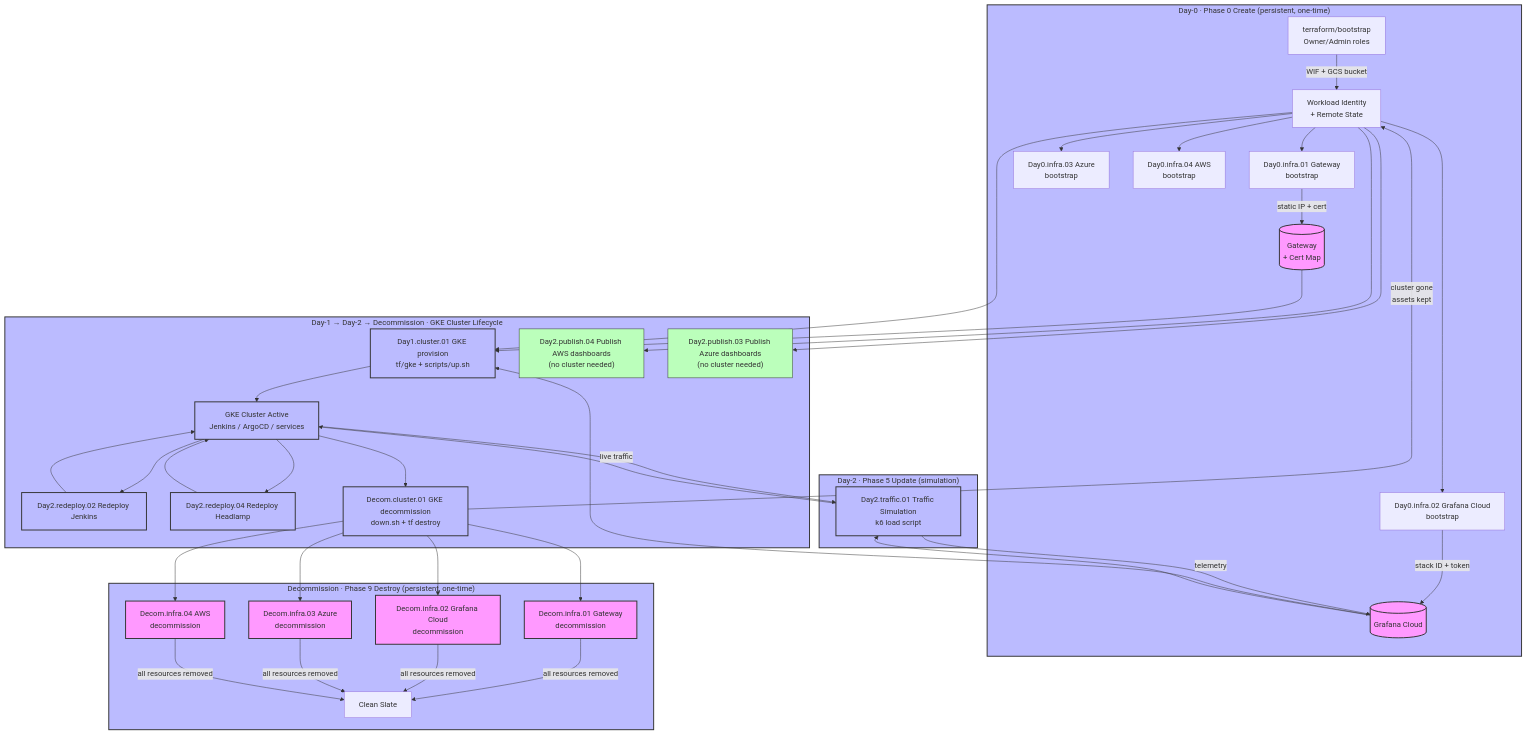
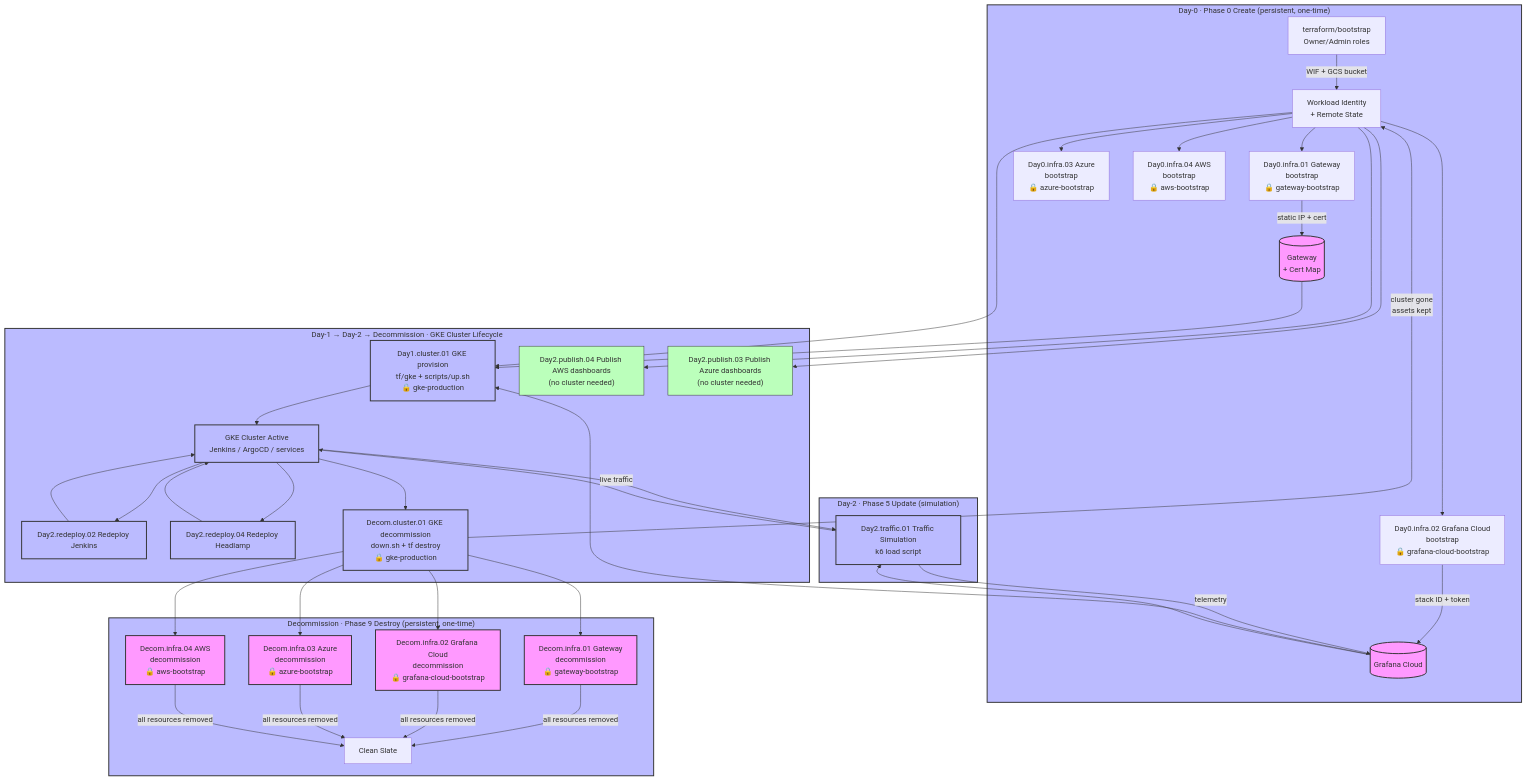
Before and after one commit to nubenetes/jenkins-2026: the diagram in docs/102-GITHUB_ACTIONS_AUTOMATION.md, drawn with Mermaid. The commit also changed other lines of this file, not shown here.

First line of the commit message:
docs(102): explain the per-resource approval design + annotate the lifecycle diagram

````diff
--- a/docs/102-GITHUB_ACTIONS_AUTOMATION.md
+++ b/docs/102-GITHUB_ACTIONS_AUTOMATION.md
@@ -43,45 +43,45 @@
 ```mermaid
 graph TD
     subgraph Bootstrapping ["Day-0 · Phase 0 Create (persistent, one-time)"]
         A["terraform/bootstrap<br>Owner/Admin roles"] -->|"WIF + GCS bucket"| B["Workload Identity<br>+ Remote State"]
-        B --> C["Day0.infra.01 Gateway<br>bootstrap"]
-        B --> D["Day0.infra.02 Grafana Cloud<br>bootstrap"]
-        B --> C2["Day0.infra.03 Azure<br>bootstrap"]
-        B --> C3["Day0.infra.04 AWS<br>bootstrap"]
+        B --> C["Day0.infra.01 Gateway<br>bootstrap<br>🔒 gateway-bootstrap"]
+        B --> D["Day0.infra.02 Grafana Cloud<br>bootstrap<br>🔒 grafana-cloud-bootstrap"]
+        B --> C2["Day0.infra.03 Azure<br>bootstrap<br>🔒 azure-bootstrap"]
+        B --> C3["Day0.infra.04 AWS<br>bootstrap<br>🔒 aws-bootstrap"]
         C -->|"static IP + cert"| F[("Gateway<br>+ Cert Map")]
         D -->|"stack ID + token"| E[("Grafana Cloud")]
     end
 
     subgraph GKE_Lifecycle ["Day-1 → Day-2 → Decommission · GKE Cluster Lifecycle"]
-        F & E & B --> G["Day1.cluster.01 GKE provision<br>tf/gke + scripts/up.sh"]
+        F & E & B --> G["Day1.cluster.01 GKE provision<br>tf/gke + scripts/up.sh<br>🔒 gke-production"]
         G --> H["GKE Cluster Active<br>Jenkins / ArgoCD / services"]
         H --> I["Day2.redeploy.02 Redeploy Jenkins"]
         H --> J["Day2.redeploy.04 Redeploy Headlamp"]
         B --> L2["Day2.publish.04 Publish AWS dashboards<br>(no cluster needed)"]
         B --> M2["Day2.publish.03 Publish Azure dashboards<br>(no cluster needed)"]
         I & J --> H
-        H --> K["Decom.cluster.01 GKE decommission<br>down.sh + tf destroy"]
+        H --> K["Decom.cluster.01 GKE decommission<br>down.sh + tf destroy<br>🔒 gke-production"]
         K -->|"cluster gone<br>assets kept"| B
     end
 
     subgraph Simulation ["Day-2 · Phase 5 Update (simulation)"]
         H & E --> O["Day2.traffic.01 Traffic Simulation<br>k6 load script"]
         O -->|"live traffic"| H
         O -->|"telemetry"| E
     end
 
     subgraph Persistent_Teardown ["Decommission · Phase 9 Destroy (persistent, one-time)"]
-        K --> P1["Decom.infra.01 Gateway<br>decommission"]
-        K --> P2["Decom.infra.02 Grafana Cloud<br>decommission"]
-        K --> P3["Decom.infra.03 Azure<br>decommission"]
-        K --> P4["Decom.infra.04 AWS<br>decommission"]
+        K --> P1["Decom.infra.01 Gateway<br>decommission<br>🔒 gateway-bootstrap"]
+        K --> P2["Decom.infra.02 Grafana Cloud<br>decommission<br>🔒 grafana-cloud-bootstrap"]
+        K --> P3["Decom.infra.03 Azure<br>decommission<br>🔒 azure-bootstrap"]
+        K --> P4["Decom.infra.04 AWS<br>decommission<br>🔒 aws-bootstrap"]
         P1 & P2 & P3 & P4 -->|"all resources removed"| N["Clean Slate"]
     end
 
     classDef persistent fill:#f9f,stroke:#333,stroke-width:2px;
     classDef cluster fill:#bbf,stroke:#333,stroke-width:2px;
     classDef update fill:#bfb,stroke:#333,stroke-width:1px;
     class E,F,P1,P2,P3,P4 persistent;
     class G,H,I,J,K,O cluster;
     class L2,M2 update;
 ```
````
